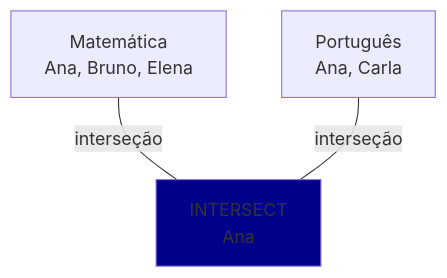
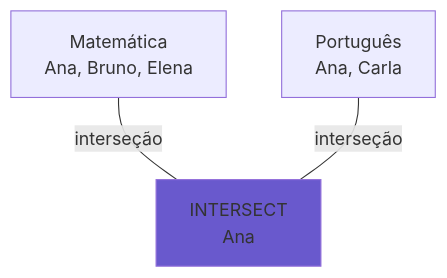
The fifth of 7 diagrams in docs/content/_aulas/banco-de-dados/modelo-de-dados/dependencia-de-existencia.md (myerco/CafeGeek), drawn with Mermaid before and after one commit. The commit also changed other lines of this file and 12 other files, not shown here.

```diff
--- a/docs/content/_aulas/banco-de-dados/modelo-de-dados/dependencia-de-existencia.md
+++ b/docs/content/_aulas/banco-de-dados/modelo-de-dados/dependencia-de-existencia.md
@@ -244,11 +244,11 @@
 <div class="mermaid">
 graph TD
     A[Matemática<br/>Ana, Bruno, Elena]
     B[Português<br/>Ana, Carla]
     C[INTERSECT<br/> Ana]
     
     A ---|interseção| C
     B ---|interseção| C
     
-    style C fill:#00008B
+    style C fill:#6959CD
 </div>
```
